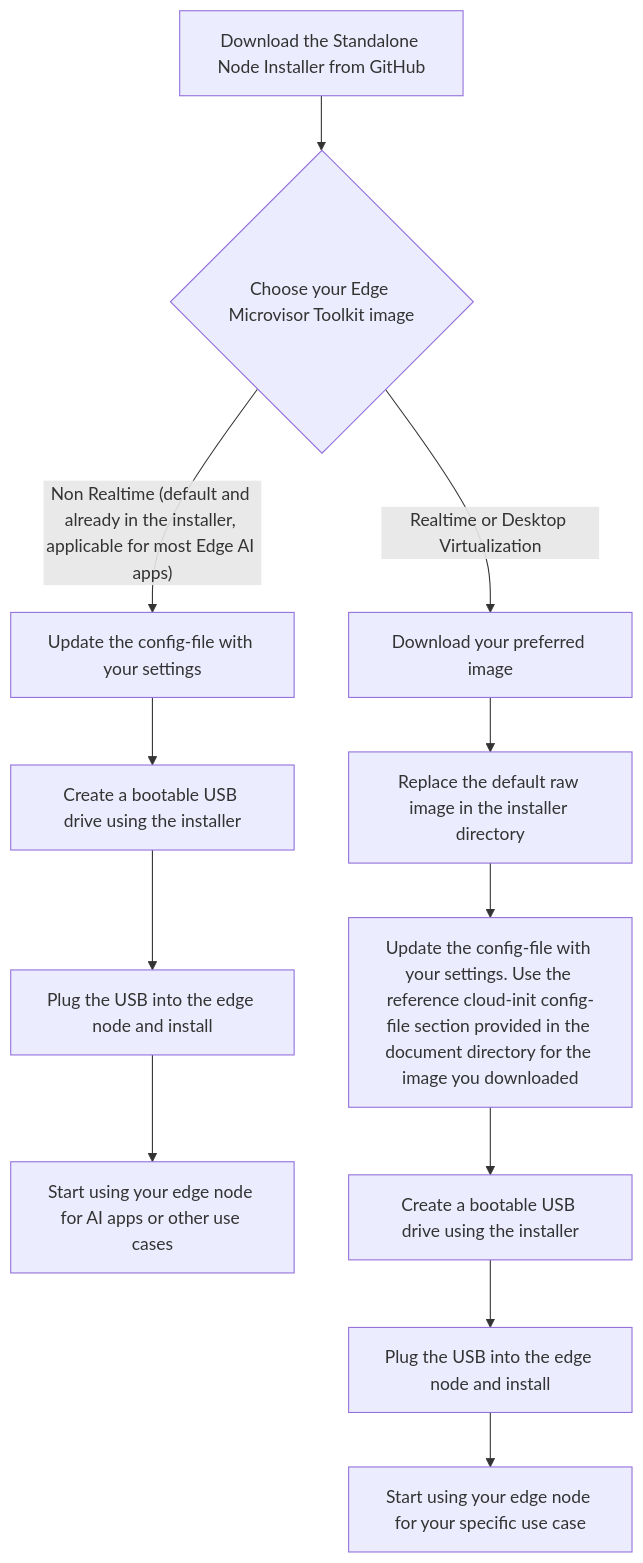
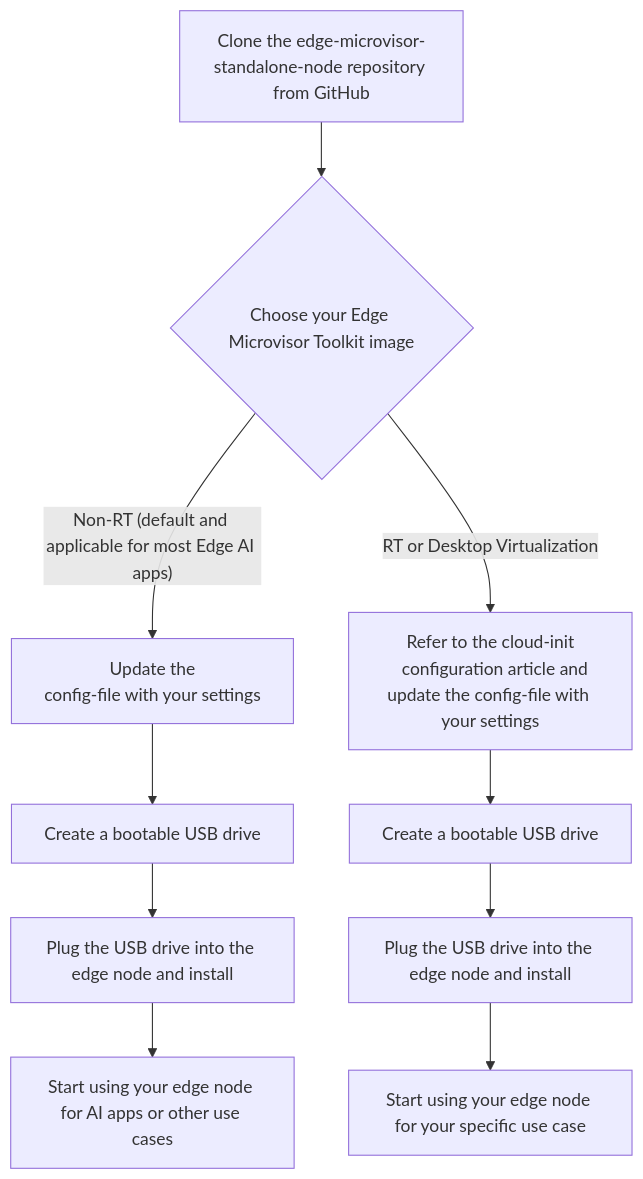
The diagram in standalone-node/docs/user-guide/get-started-guide.md (sgolebiewski-intel/edge-microvisor-toolkit-standalone-node), drawn with Mermaid before and after one commit. The commit also changed other lines of this file and 1 other file, not shown here.

````diff
--- a/standalone-node/docs/user-guide/get-started-guide.md
+++ b/standalone-node/docs/user-guide/get-started-guide.md
@@ -44,16 +39,16 @@
 ```mermaid
 flowchart TD
-   A[Download the Standalone Node Installer from GitHub]
+   A[Clone the edge-microvisor-standalone-node repository from GitHub]
    A --> B{Choose your Edge Microvisor Toolkit image}
-   B -- "Non Realtime (default and already in the installer, applicable for most Edge AI apps)" --> C[Update the config-file with your settings]
-   C --> D[Create a bootable USB drive using the installer]
-   D --> E[Plug the USB into the edge node and install]
+   B -- "Non-RT (default and applicable for most Edge AI apps)" --> C[Update the
+   config-file with your settings]
+   C --> D[Create a bootable USB drive]
+   D --> E[Plug the USB drive into the edge node and install]
    E --> F[Start using your edge node for AI apps or other use cases]
 
-   B -- "Realtime or Desktop Virtualization" --> G[Download your preferred image]
-   G --> H[Replace the default raw image in the installer directory]
-   H --> I[Update the config-file with your settings. Use the reference cloud-init config-file section provided in the document directory for the image you downloaded]
-   I --> J[Create a bootable USB drive using the installer]
-   J --> K[Plug the USB into the edge node and install]
+   B -- "RT or Desktop Virtualization" --> I[Refer to the cloud-init
+   configuration article and update the config-file with your settings]
+   I --> J[Create a bootable USB drive]
+   J --> K[Plug the USB drive into the edge node and install]
    K --> L[Start using your edge node for your specific use case]
 ```
````
